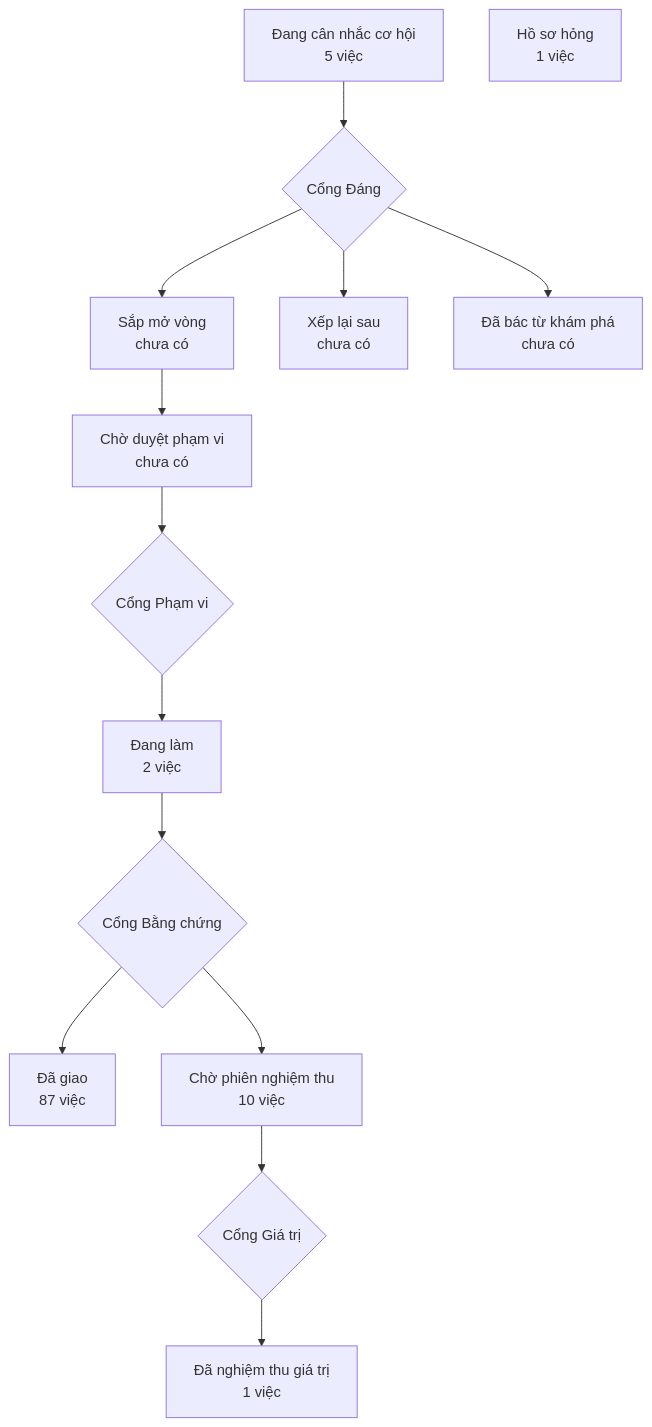
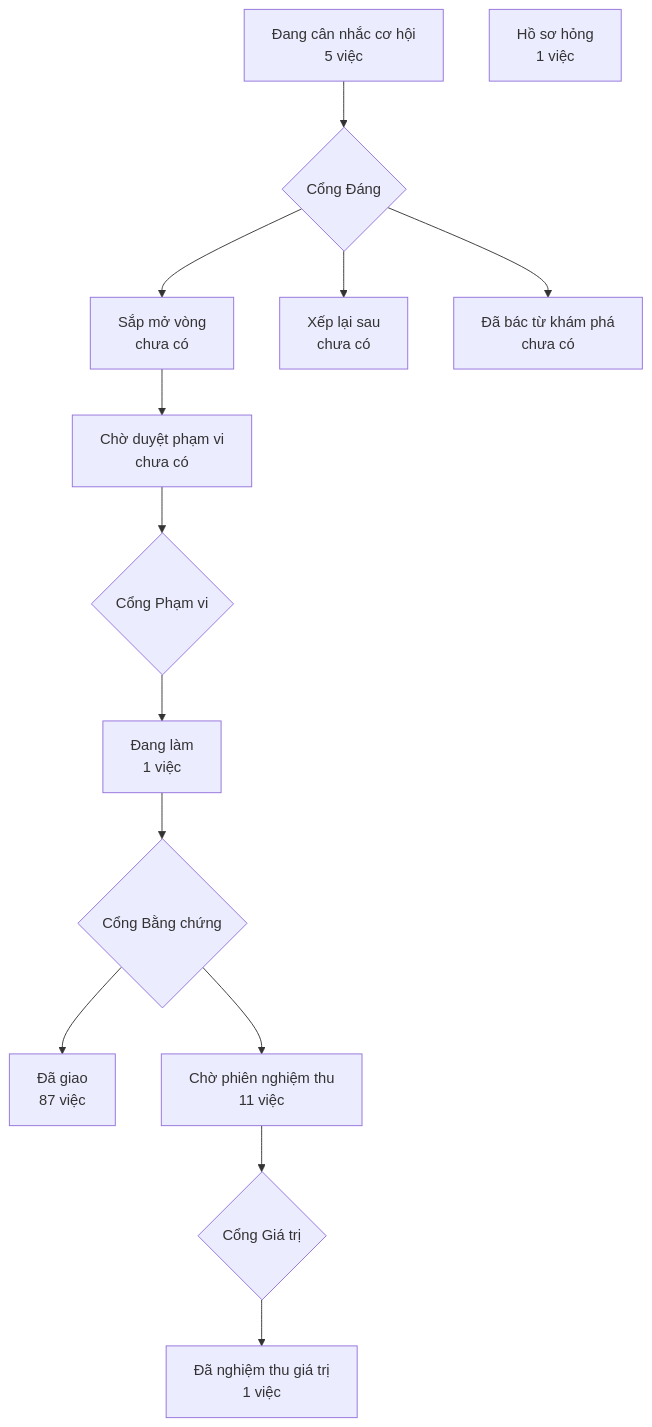
One commit to phanlemanh/crm-onehub changed the diagram in PRODUCT-MAP.md. Above: the diagram before and after it, drawn with Mermaid. The commit also changed 3 other files, not shown here.

````diff
--- a/PRODUCT-MAP.md
+++ b/PRODUCT-MAP.md
@@ -6,13 +6,13 @@
 ```mermaid
 flowchart TD
   A["Đang cân nhắc cơ hội<br/>5 việc"] --> GD{"Cổng Đáng"}
   GD --> B["Sắp mở vòng<br/>chưa có"]
   GD --> XL["Xếp lại sau<br/>chưa có"]
   GD --> DB["Đã bác từ khám phá<br/>chưa có"]
   B --> CD["Chờ duyệt phạm vi<br/>chưa có"] --> GP{"Cổng Phạm vi"}
-  GP --> DL["Đang làm<br/>2 việc"] --> GB{"Cổng Bằng chứng"}
+  GP --> DL["Đang làm<br/>1 việc"] --> GB{"Cổng Bằng chứng"}
   GB --> DG["Đã giao<br/>87 việc"]
-  GB --> CN["Chờ phiên nghiệm thu<br/>10 việc"] --> GG{"Cổng Giá trị"}
+  GB --> CN["Chờ phiên nghiệm thu<br/>11 việc"] --> GG{"Cổng Giá trị"}
   GG --> NT["Đã nghiệm thu giá trị<br/>1 việc"]
   HS["Hồ sơ hỏng<br/>1 việc"]
 ```
````
